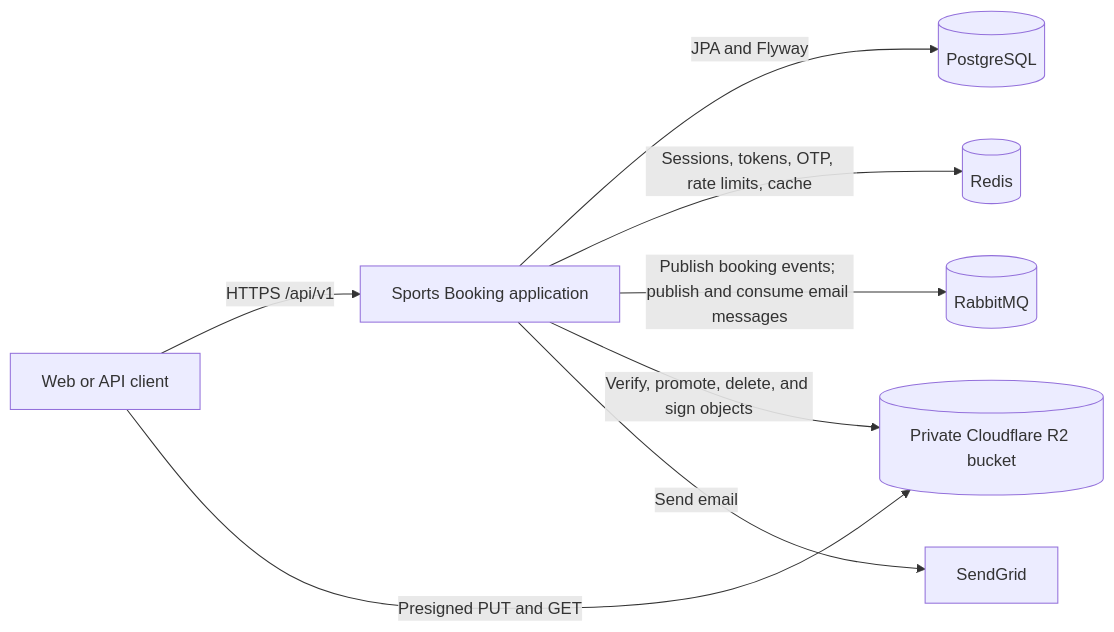
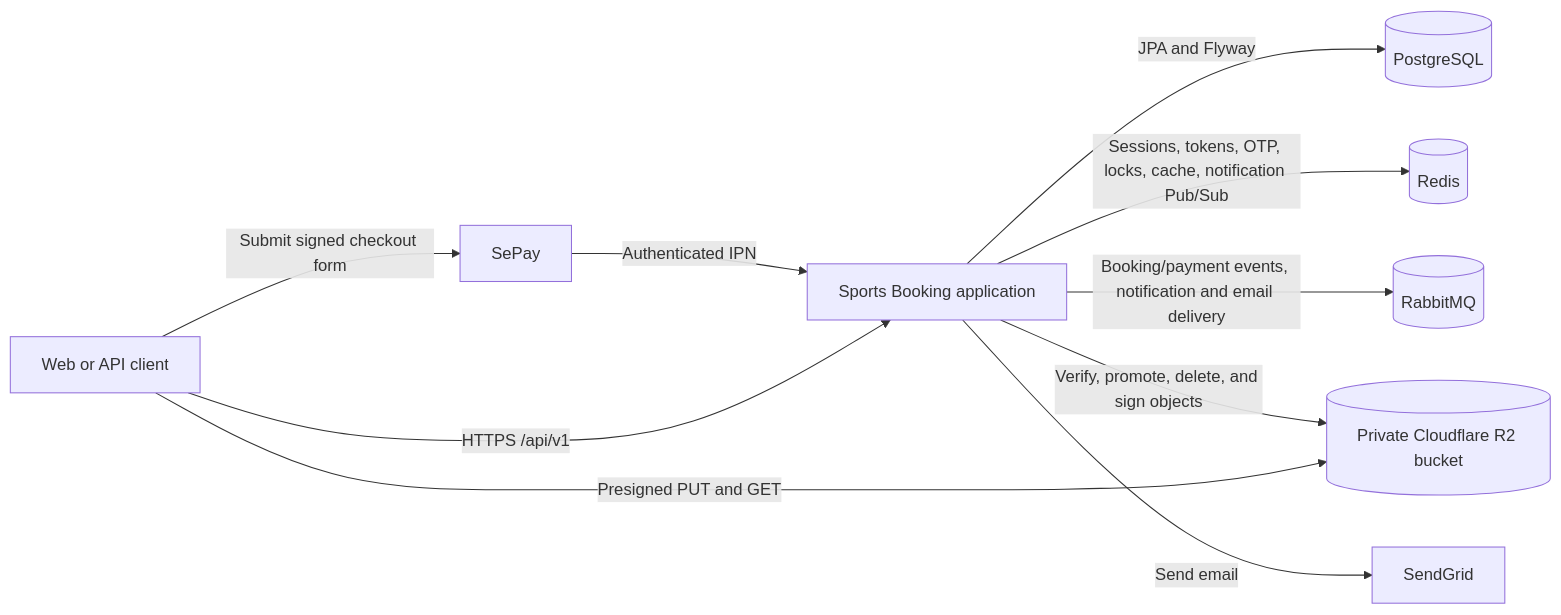
Before and after one commit to hcyk268/sports-booking-be: the first of 3 diagrams in docs/architecture/architecture.md, drawn with Mermaid. The commit also changed other lines of this file and 17 other files, not shown here.

````diff
--- a/docs/architecture/architecture.md
+++ b/docs/architecture/architecture.md
@@ -15,10 +15,12 @@
 ```mermaid
 flowchart LR
     Client[Web or API client] -->|HTTPS /api/v1| App[Sports Booking application]
     Client -->|Presigned PUT and GET| R2[(Private Cloudflare R2 bucket)]
     App -->|JPA and Flyway| PG[(PostgreSQL)]
-    App -->|Sessions, tokens, OTP, rate limits, cache| Redis[(Redis)]
-    App -->|Publish booking events; publish and consume email messages| MQ[(RabbitMQ)]
+    App -->|Sessions, tokens, OTP, locks, cache, notification Pub/Sub| Redis[(Redis)]
+    App -->|Booking/payment events, notification and email delivery| MQ[(RabbitMQ)]
     App -->|Verify, promote, delete, and sign objects| R2
     App -->|Send email| SG[SendGrid]
+    Client -->|Submit signed checkout form| SePay[SePay]
+    SePay -->|Authenticated IPN| App
 ```
````
